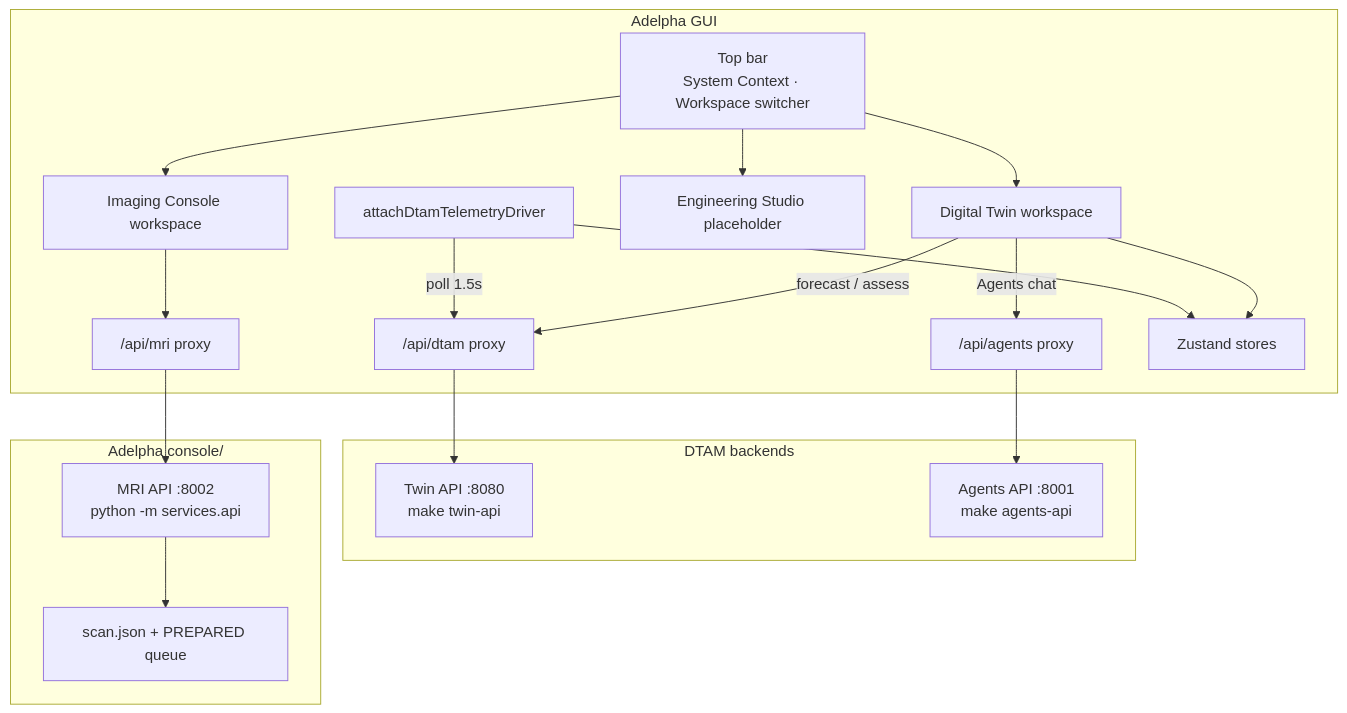
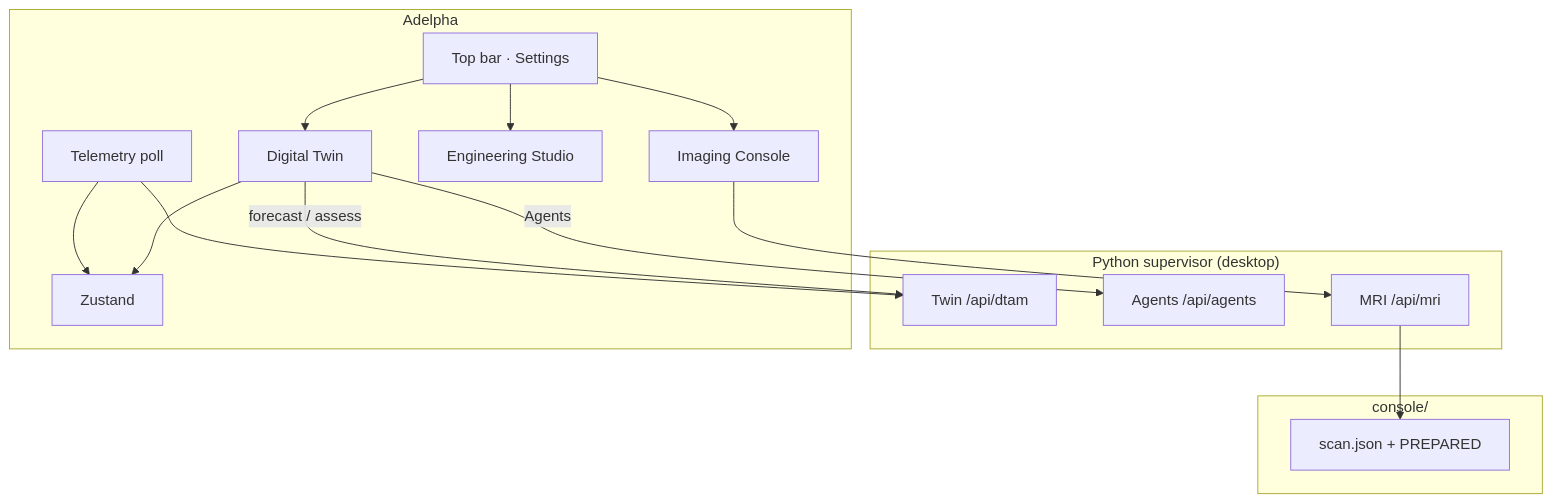
The diagram in docs/guide/architecture.md (imr-framework/adelpha), drawn with Mermaid before and after one commit. The commit also changed other lines of this file and 17 other files, not shown here.

````diff
--- a/docs/guide/architecture.md
+++ b/docs/guide/architecture.md
@@ -9,38 +11,32 @@
 ``` mermaid
 flowchart TB
-  subgraph DTAM["DTAM backends"]
-    T["Twin API :8080\nmake twin-api"]
-    A["Agents API :8001\nmake agents-api"]
+  subgraph SUP["Python supervisor (desktop)"]
+    T["Twin /api/dtam"]
+    A["Agents /api/agents"]
+    M["MRI /api/mri"]
   end
 
-  subgraph MRI["Adelpha console/"]
-    M["MRI API :8002\npython -m services.api"]
-    Q["scan.json + PREPARED queue"]
+  subgraph MRIQ["console/"]
+    Q["scan.json + PREPARED"]
   end
 
-  subgraph UI["Adelpha GUI"]
-    TB["Top bar\nSystem Context · Workspace switcher"]
-    DT["Digital Twin workspace"]
-    IC["Imaging Console workspace"]
-    ES["Engineering Studio placeholder"]
-    PD["/api/dtam proxy"]
-    PA["/api/agents proxy"]
-    PM["/api/mri proxy"]
-    D["attachDtamTelemetryDriver"]
-    Z["Zustand stores"]
+  subgraph UI["Adelpha"]
+    HDR["Top bar · Settings"]
+    DT["Digital Twin"]
+    IC["Imaging Console"]
+    ES["Engineering Studio"]
+    D["Telemetry poll"]
+    Z["Zustand"]
   end
 
-  TB --> DT
-  TB --> IC
-  TB --> ES
-  PD --> T
-  PA --> A
-  PM --> M
-  M --> Q
-  D -->|poll 1.5s| PD
+  HDR --> DT
+  HDR --> IC
+  HDR --> ES
+  D --> T
   D --> Z
   DT --> Z
-  DT -->|forecast / assess| PD
-  DT -->|Agents chat| PA
-  IC --> PM
+  DT -->|forecast / assess| T
+  DT -->|Agents| A
+  IC --> M
+  M --> Q
 ```
````
